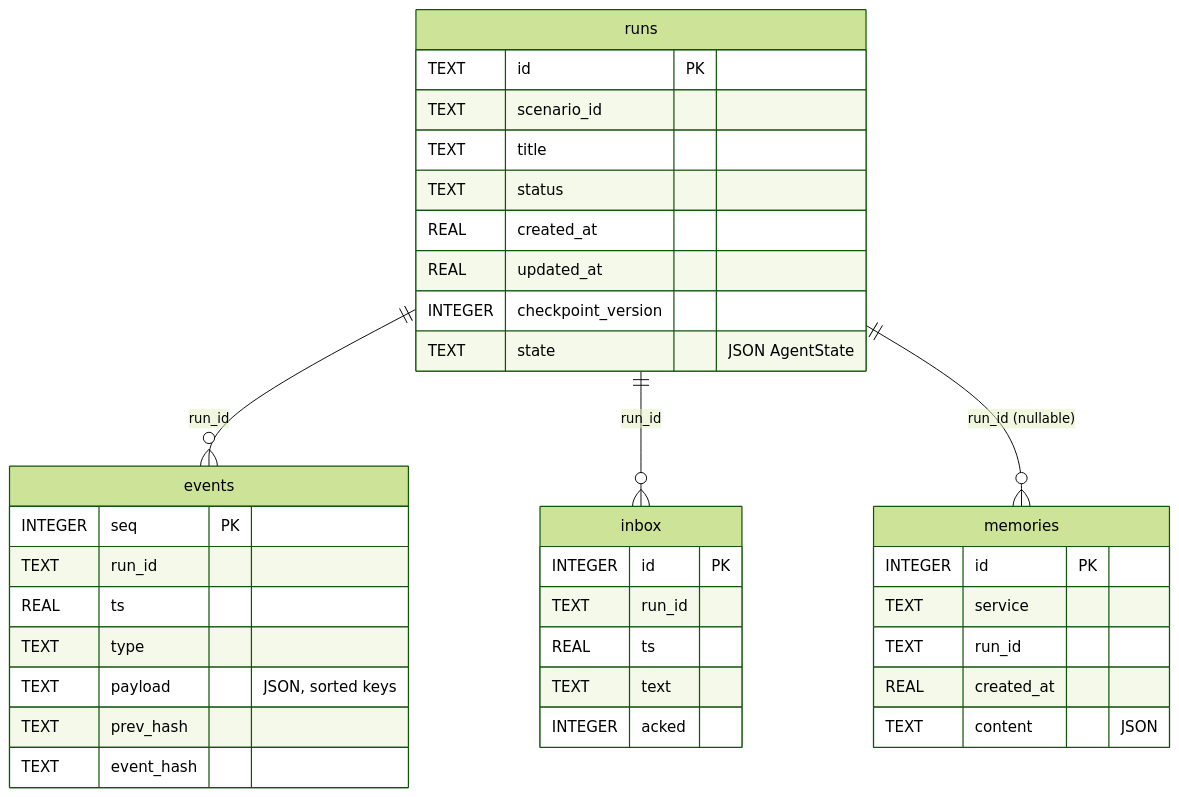
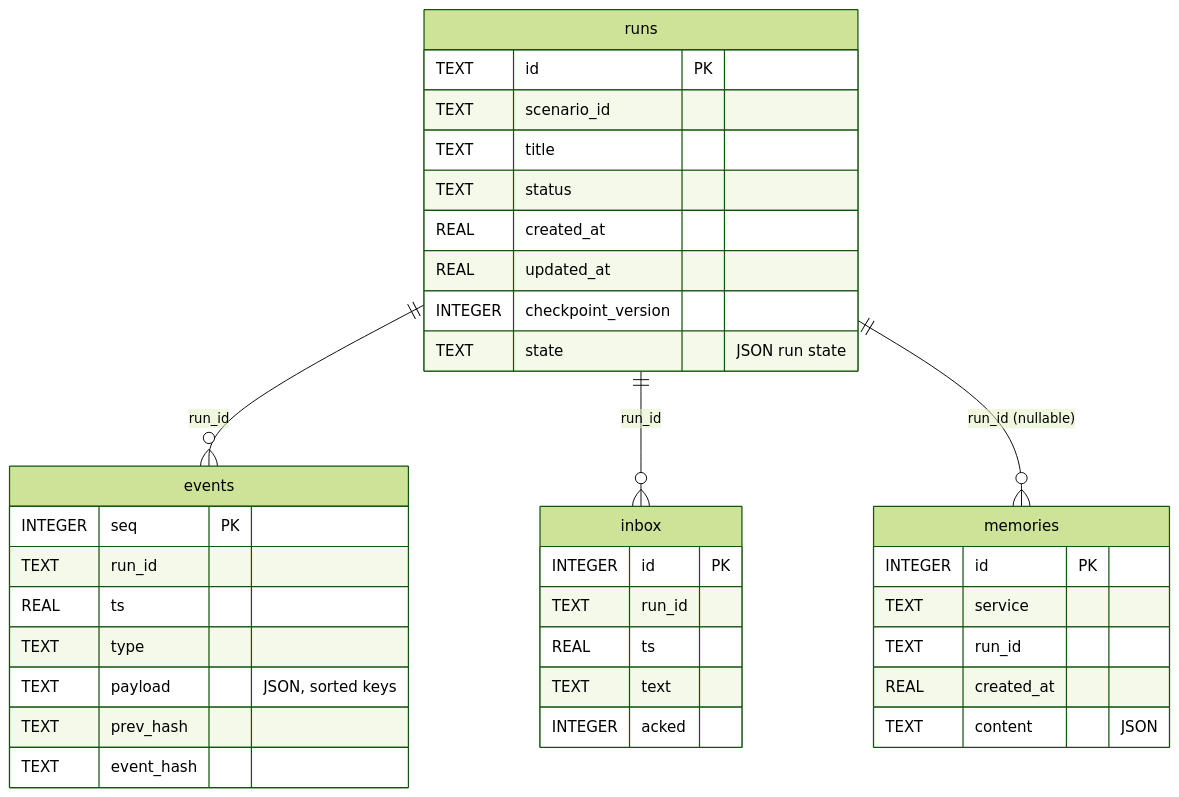
The ninth of 9 diagrams in docs/LLD.md (Zulfiqar7862/incident-triage-agent), drawn with Mermaid (forest theme) before and after one commit. The commit also changed other lines of this file and 17 other files, not shown here.

````diff
--- a/docs/LLD.md
+++ b/docs/LLD.md
@@ -349,39 +392,39 @@
 ```mermaid
 erDiagram
   runs ||--o{ events : "run_id"
   runs ||--o{ inbox : "run_id"
   runs ||--o{ memories : "run_id (nullable)"
   runs {
     TEXT id PK
     TEXT scenario_id
     TEXT title
     TEXT status
     REAL created_at
     REAL updated_at
     INTEGER checkpoint_version
-    TEXT state "JSON AgentState"
+    TEXT state "JSON run state"
   }
   events {
     INTEGER seq PK
     TEXT run_id
     REAL ts
     TEXT type
     TEXT payload "JSON, sorted keys"
     TEXT prev_hash
     TEXT event_hash
   }
   inbox {
     INTEGER id PK
     TEXT run_id
     REAL ts
     TEXT text
     INTEGER acked
   }
   memories {
     INTEGER id PK
     TEXT service
     TEXT run_id
     REAL created_at
     TEXT content "JSON"
   }
 ```
````
